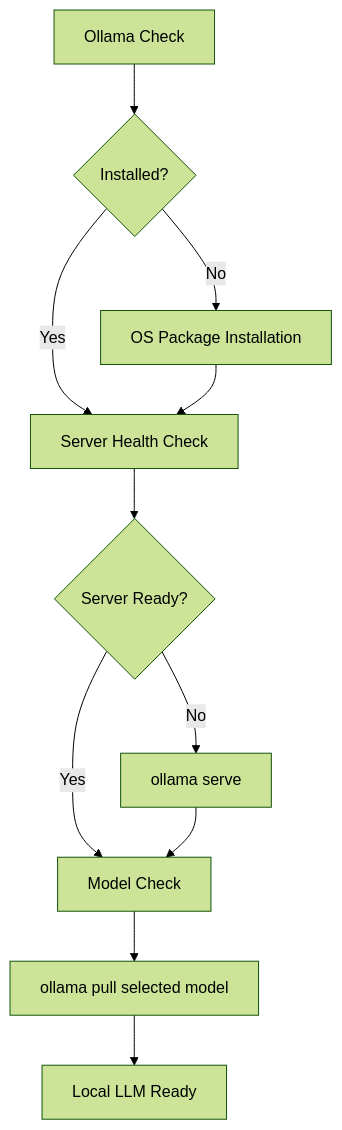
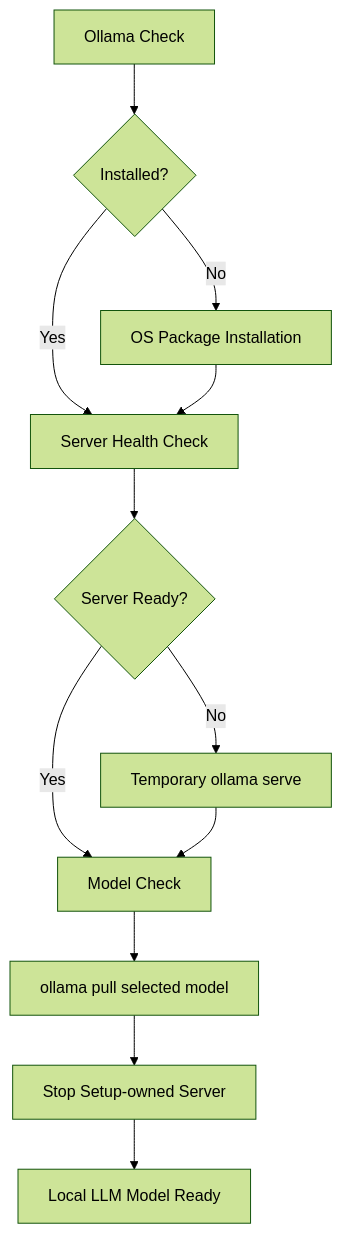
The second of 5 diagrams in docs/index.md (JeonghunLee/AI-driven-CI-CT), drawn with Mermaid (forest theme) before and after one commit. The commit also changed other lines of this file and 8 other files, not shown here.

Commit message:
feat: Enhance environment setup for cross-platform support and add Ollama server lifecycle management

````diff
--- a/docs/index.md
+++ b/docs/index.md
@@ -64,13 +64,14 @@
 ```mermaid
 flowchart TD
     A[Ollama Check] --> B{Installed?}
     B -- No --> C[OS Package Installation]
     B -- Yes --> D[Server Health Check]
     C --> D
     D --> E{Server Ready?}
-    E -- No --> F[ollama serve]
+    E -- No --> F[Temporary ollama serve]
     E -- Yes --> G[Model Check]
     F --> G
     G --> H[ollama pull selected model]
-    H --> I[Local LLM Ready]
+    H --> I[Stop Setup-owned Server]
+    I --> J[Local LLM Model Ready]
 ```
````
